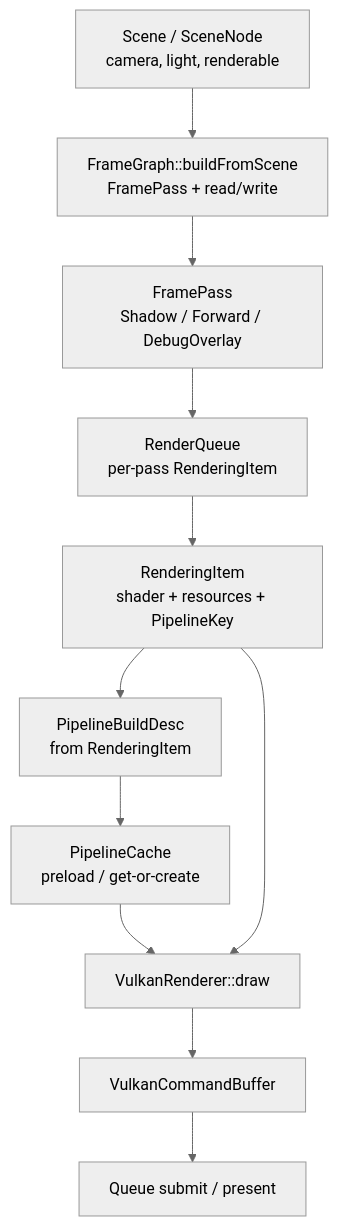
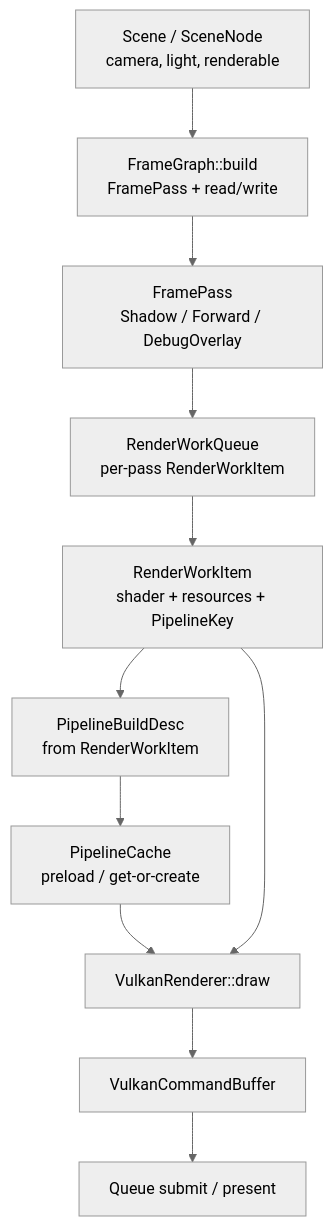
Before and after one commit to crackhopper/LXEngine: the second of 5 diagrams in notes/concepts-design/architecture.md, drawn with Mermaid (neutral theme). The commit also changed other lines of this file and 56 other files, not shown here.

Commit message:
unify render work pipeline execution

````diff
--- a/notes/concepts-design/architecture.md
+++ b/notes/concepts-design/architecture.md
@@ -40,24 +40,24 @@
 ```mermaid
 flowchart TD
     scene["Scene / SceneNode\ncamera, light, renderable"]
-    fg["FrameGraph::buildFromScene\nFramePass + read/write"]
+    fg["FrameGraph::build\nFramePass + read/write"]
     pass["FramePass\nShadow / Forward / DebugOverlay"]
-    queue["RenderQueue\nper-pass RenderingItem"]
-    item["RenderingItem\nshader + resources + PipelineKey"]
-    pbd["PipelineBuildDesc\nfrom RenderingItem"]
+    queue["RenderWorkQueue\nper-pass RenderWorkItem"]
+    item["RenderWorkItem\nshader + resources + PipelineKey"]
+    pbd["PipelineBuildDesc\nfrom RenderWorkItem"]
     cache["PipelineCache\npreload / get-or-create"]
     renderer["VulkanRenderer::draw"]
     cmd["VulkanCommandBuffer"]
     submit["Queue submit / present"]
 
     scene --> fg
     fg --> pass
     pass --> queue
     queue --> item
     item --> pbd
     pbd --> cache
     cache --> renderer
     item --> renderer
     renderer --> cmd
     cmd --> submit
 ```
````
